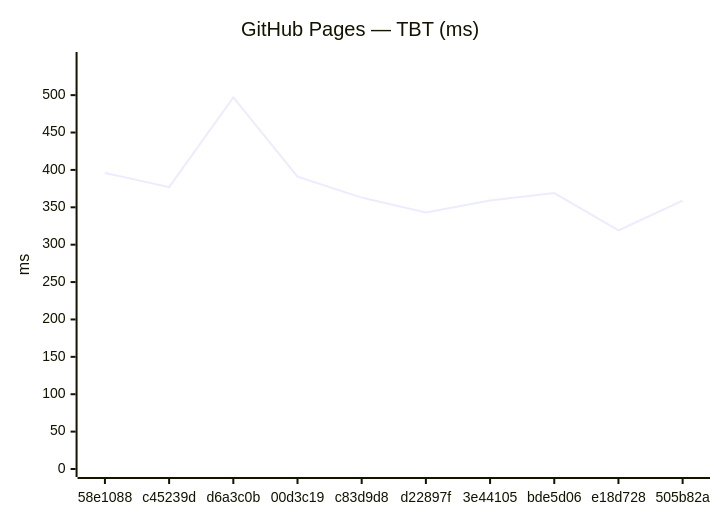
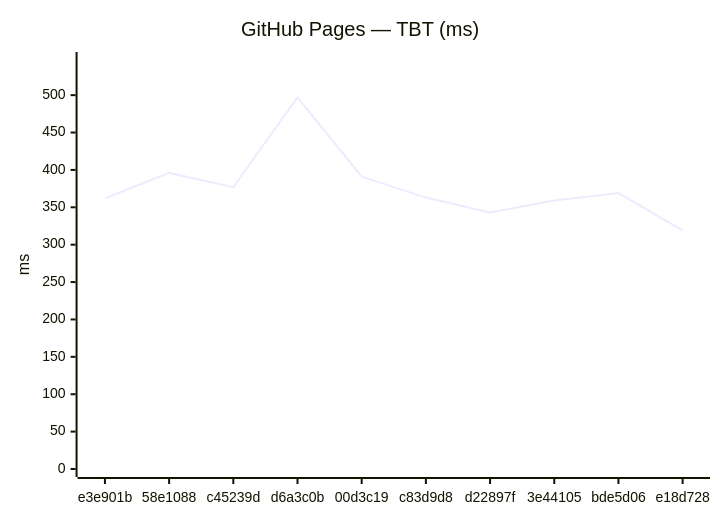
The fourth of 18 diagrams in benchmarks/compare.md (Metaheurist/Rianell), drawn with Mermaid before and after one commit. The commit also changed other lines of this file and 11 other files, not shown here.

````diff
--- a/benchmarks/compare.md
+++ b/benchmarks/compare.md
@@ -61,7 +61,7 @@
 ```mermaid
 xychart-beta
     title "GitHub Pages — TBT (ms)"
-    x-axis ["58e1088", "c45239d", "d6a3c0b", "00d3c19", "c83d9d8", "d22897f", "3e44105", "bde5d06", "e18d728", "505b82a"]
+    x-axis ["e3e901b", "58e1088", "c45239d", "d6a3c0b", "00d3c19", "c83d9d8", "d22897f", "3e44105", "bde5d06", "e18d728"]
     y-axis "ms" 0 --> 547
-    line [396, 377, 497, 391, 363, 343, 359, 369, 319, 359]
+    line [362, 396, 377, 497, 391, 363, 343, 359, 369, 319]
 ```
````
